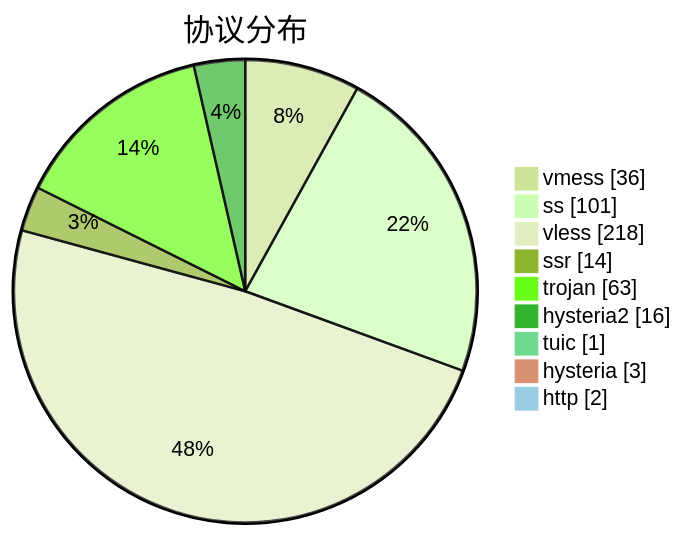
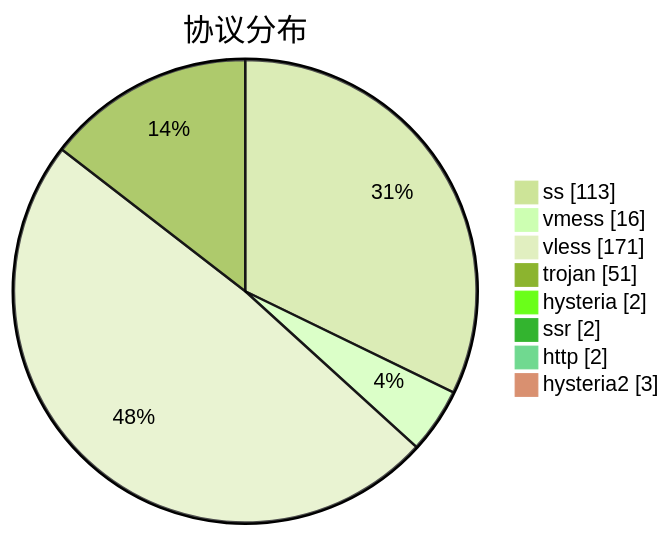
The third of 3 diagrams in subs/statistics/tested_within.md (sinspired/airport), drawn with Mermaid (forest theme) before and after one commit. The commit also changed other lines of this file and 2 other files, not shown here.

````diff
--- a/subs/statistics/tested_within.md
+++ b/subs/statistics/tested_within.md
@@ -65,13 +68,12 @@
 ```mermaid
 pie showData
 title 协议分布
-"vmess" : 36
-"ss" : 101
-"vless" : 218
-"ssr" : 14
-"trojan" : 63
-"hysteria2" : 16
-"tuic" : 1
-"hysteria" : 3
+"ss" : 113
+"vmess" : 16
+"vless" : 171
+"trojan" : 51
+"hysteria" : 2
+"ssr" : 2
 "http" : 2
+"hysteria2" : 3
 ```
````
